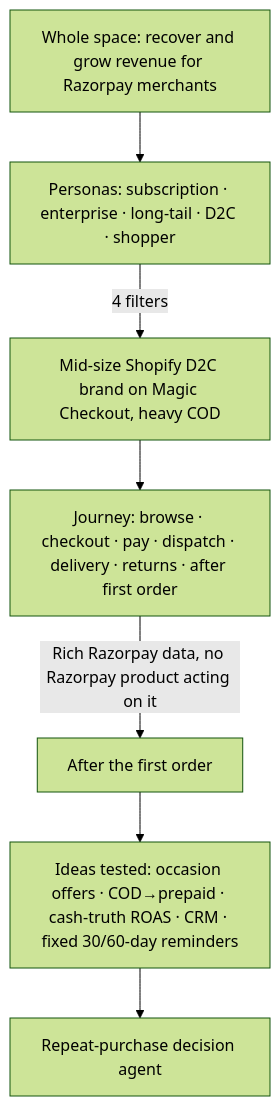
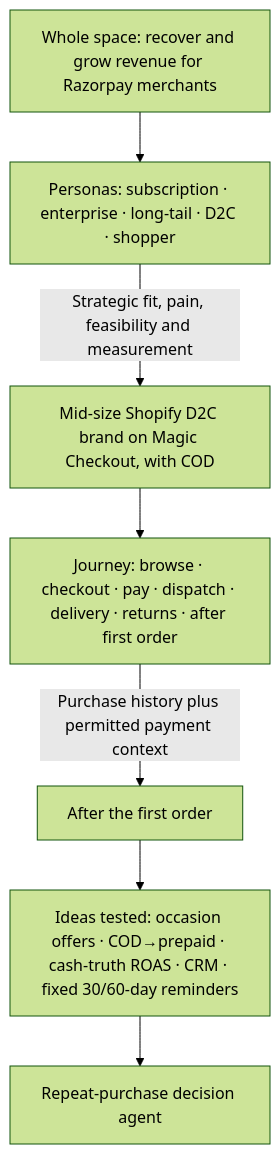
The second of 2 diagrams in README.md (akshatj28/razorpay-retention-agent), drawn with Mermaid (forest theme) before and after one commit. The commit also changed other lines of this file and 1 other file, not shown here.

````diff
--- a/README.md
+++ b/README.md
@@ -60,9 +62,9 @@
 ```mermaid
 flowchart TD
     A["Whole space: recover and grow revenue for Razorpay merchants"] --> B["Personas: subscription · enterprise · long-tail · D2C · shopper"]
-    B -->|"4 filters"| C["Mid-size Shopify D2C brand on Magic Checkout, heavy COD"]
+    B -->|"Strategic fit, pain, feasibility and measurement"| C["Mid-size Shopify D2C brand on Magic Checkout, with COD"]
     C --> D["Journey: browse · checkout · pay · dispatch · delivery · returns · after first order"]
-    D -->|"Rich Razorpay data, no Razorpay product acting on it"| E["After the first order"]
+    D -->|"Purchase history plus permitted payment context"| E["After the first order"]
     E --> F["Ideas tested: occasion offers · COD→prepaid · cash-truth ROAS · CRM · fixed 30/60-day reminders"]
     F --> G["Repeat-purchase decision agent"]
 ```
````
